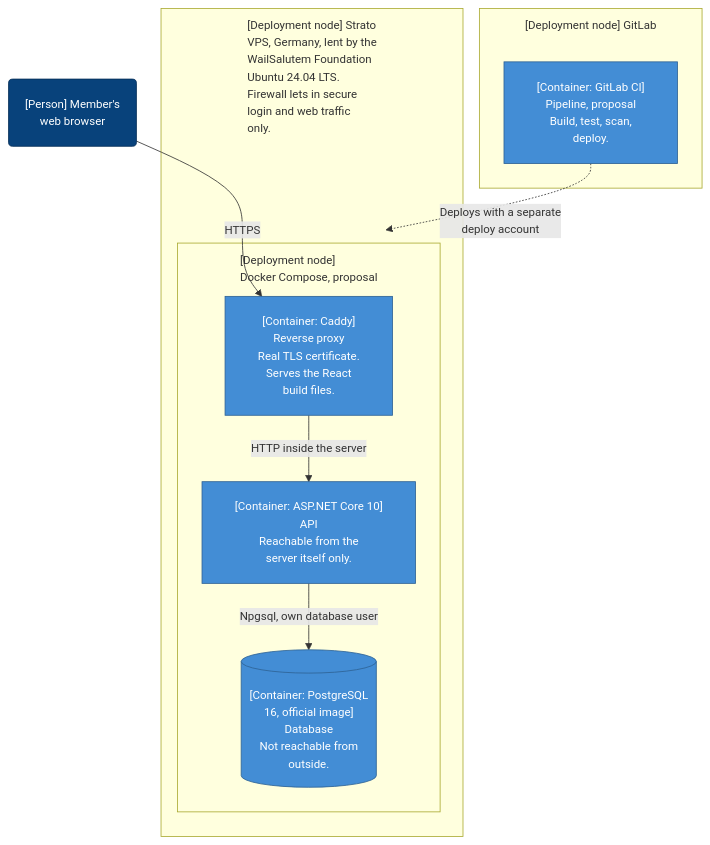
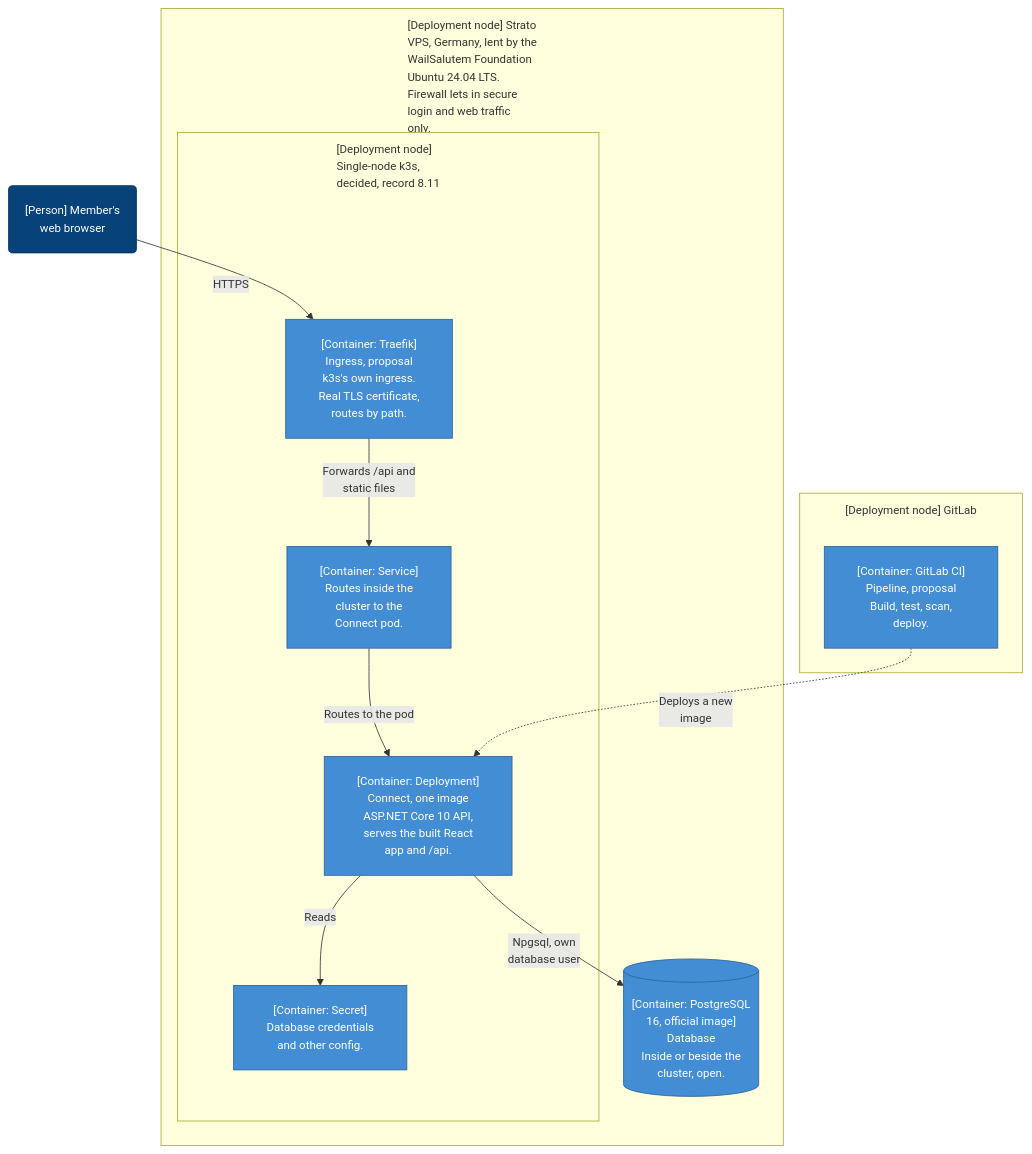
The seventh of 8 diagrams in docs/wesley/securityAndArchitecture.md (guruITA/connect-nine), drawn with Mermaid before and after one commit. The commit also changed other lines of this file and 4 other files, not shown here.

Commit message:
docs(docs): add Kubernetes and mermaid diagrams to the architecture and research documents (#38)

````diff
--- a/docs/wesley/securityAndArchitecture.md
+++ b/docs/wesley/securityAndArchitecture.md
@@ -501,26 +576,33 @@
 ```mermaid
 %%{init: {'flowchart': {'wrappingWidth': 220, 'padding': 20, 'nodeSpacing': 40, 'rankSpacing': 60, 'subGraphTitleMargin': {'top': 10, 'bottom': 25}}, 'themeVariables': {'fontSize': '14px'}}}%%
 flowchart TB
     browser("[Person] Member's<br/>web browser")
     subgraph gitlab ["[Deployment node] GitLab"]
         ci["[Container: GitLab CI]<br/>Pipeline, proposal<br/>Build, test, scan,<br/>deploy."]
     end
     subgraph vps ["[Deployment node] Strato<br/>VPS, Germany, lent by the<br/>WailSalutem Foundation<br/>Ubuntu 24.04 LTS.<br/>Firewall lets in secure<br/>login and web traffic<br/>only."]
-        vpsSpacer[" "]
-        subgraph compose ["[Deployment node]<br/>Docker Compose, proposal"]
-            caddy["[Container: Caddy]<br/>Reverse proxy<br/>Real TLS certificate.<br/>Serves the React<br/>build files."]
-            api["[Container: ASP.NET Core 10]<br/>API<br/>Reachable from the<br/>server itself only."]
-            db[("[Container: PostgreSQL<br/>16, official image]<br/>Database<br/>Not reachable from<br/>outside.")]
+        vpsSpacer["⠀⠀⠀⠀⠀⠀⠀⠀⠀⠀⠀⠀⠀⠀⠀⠀⠀⠀⠀⠀⠀⠀⠀⠀⠀⠀⠀⠀⠀⠀⠀⠀⠀⠀⠀⠀"]
+        subgraph k3s ["[Deployment node]<br/>Single-node k3s,<br/>decided, record 8.11"]
+k3sSpacer["⠀⠀⠀⠀⠀⠀⠀⠀⠀⠀⠀⠀⠀⠀⠀⠀⠀⠀⠀⠀⠀⠀⠀⠀⠀⠀⠀⠀⠀⠀⠀⠀⠀⠀⠀⠀"]
+            traefik["[Container: Traefik]<br/>Ingress, proposal<br/>k3s's own ingress.<br/>Real TLS certificate,<br/>routes by path."]
+            deployment["[Container: Deployment]<br/>Connect, one image<br/>ASP.NET Core 10 API,<br/>serves the built React<br/>app and /api."]
+            service["[Container: Service]<br/>Routes inside the<br/>cluster to the<br/>Connect pod."]
+            secret["[Container: Secret]<br/>Database credentials<br/>and other config."]
         end
-        vpsSpacer ~~~ compose
+        db[("[Container: PostgreSQL<br/>16, official image]<br/>Database<br/>Inside or beside the<br/>cluster, open.")]
+        vpsSpacer ~~~ k3s
     end
-    browser -->|"HTTPS"| caddy
-    caddy -->|"HTTP inside the server"| api
-    api -->|"Npgsql, own database user"| db
-    ci -.->|"Deploys with a separate<br/>deploy account"| compose
+    browser -->|"HTTPS"| traefik
+    traefik -->|"Forwards /api and<br/>static files"| service
+    service -->|"Routes to the pod"| deployment
+    deployment -->|"Reads"| secret
+    deployment -->|"Npgsql, own<br/>database user"| db
+    ci -.->|"Deploys a new<br/>image"| deployment
     classDef person fill:#08427b,color:#ffffff,stroke:#052e56
     classDef container fill:#438dd5,color:#ffffff,stroke:#2e6295
     class browser person
-    class ci,caddy,api,db container
+    class ci,traefik,deployment,service,secret,db container
     style vpsSpacer fill:none,stroke:none
+k3sSpacer ~~~ traefik
+style k3sSpacer fill:none,stroke:none
 ```
````
